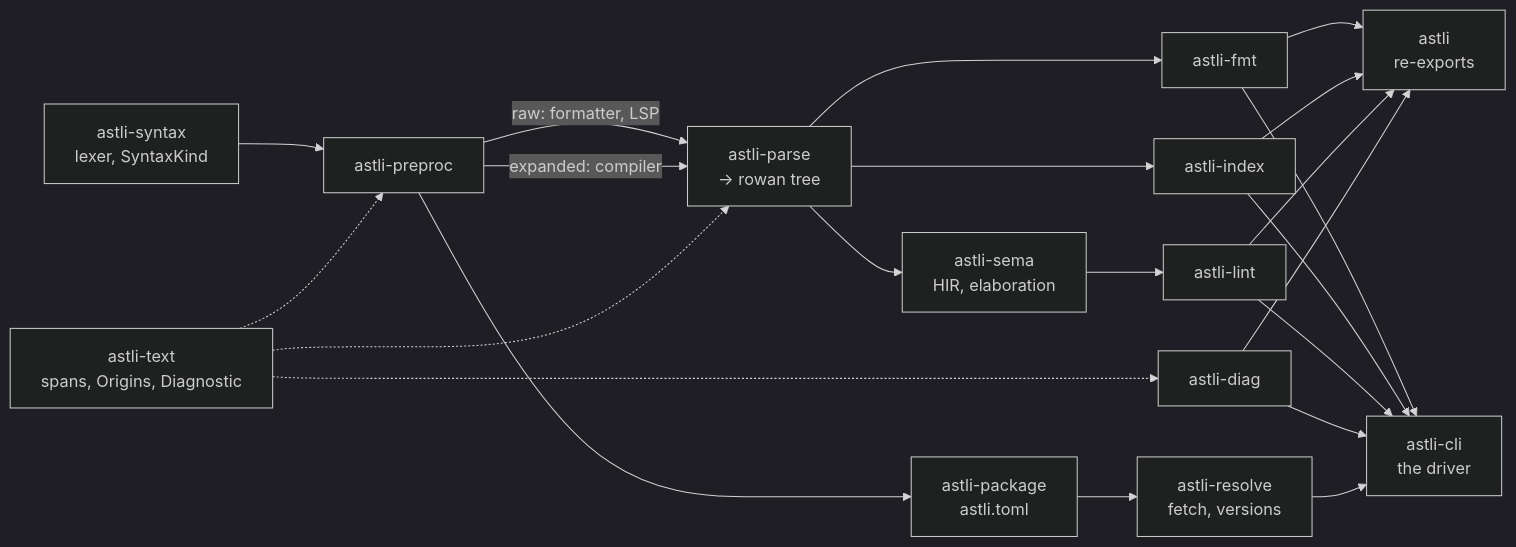
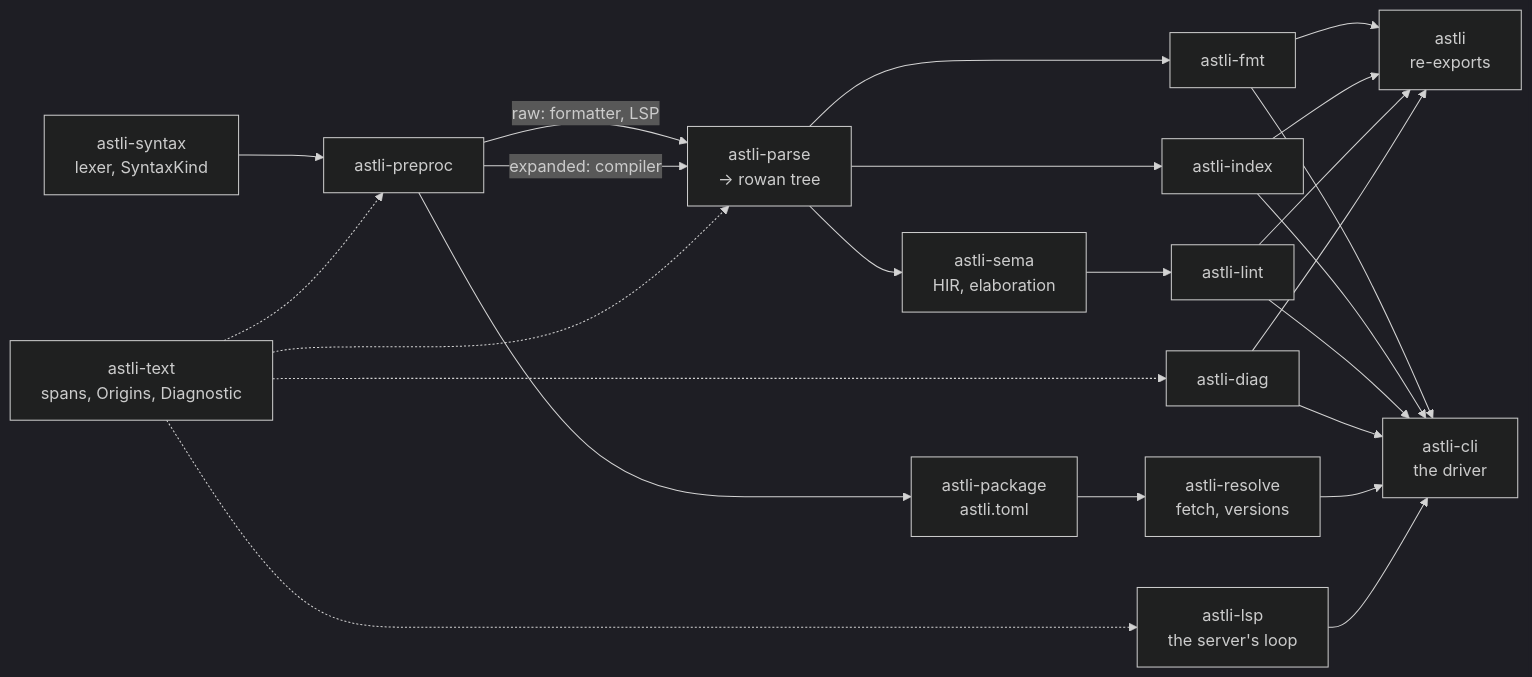
The diagram in docs/plan.md (fischeti/astli), drawn with Mermaid (dark theme) before and after one commit. The commit also changed other lines of this file and 22 other files, not shown here.

First line of the commit message:
feat(lsp): the language server's loop, behind `astli lsp`

````diff
--- a/docs/plan.md
+++ b/docs/plan.md
@@ -49,15 +49,16 @@
 ```mermaid
 flowchart LR
     syntax["astli-syntax<br>lexer, SyntaxKind"] --> preproc["astli-preproc"]
     preproc -->|raw: formatter, LSP| parse["astli-parse<br>→ rowan tree"]
     preproc -->|expanded: compiler| parse
     parse --> fmt["astli-fmt"]
     parse --> index["astli-index"]
     parse --> sema["astli-sema<br>HIR, elaboration"]
     sema --> lint["astli-lint"]
     preproc --> package["astli-package<br>astli.toml"]
     package --> resolve["astli-resolve<br>fetch, versions"]
+    text -.-> lsp["astli-lsp<br>the server's loop"]
     text["astli-text<br>spans, Origins, Diagnostic"] -.-> preproc & parse & diag["astli-diag"]
     fmt & index & lint & diag --> umbrella["astli<br>re-exports"]
-    fmt & index & lint & diag & resolve --> cli["astli-cli<br>the driver"]
+    fmt & index & lint & diag & resolve & lsp --> cli["astli-cli<br>the driver"]
 ```
````
